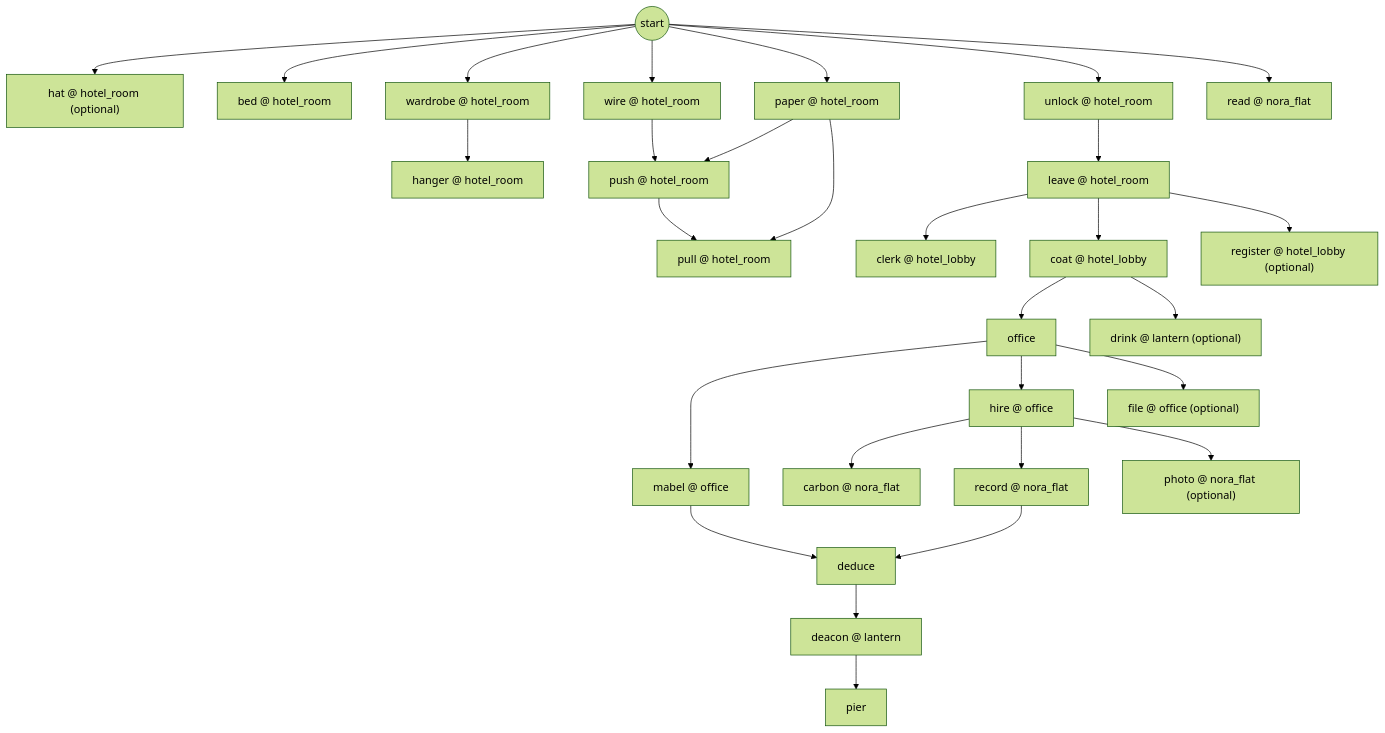
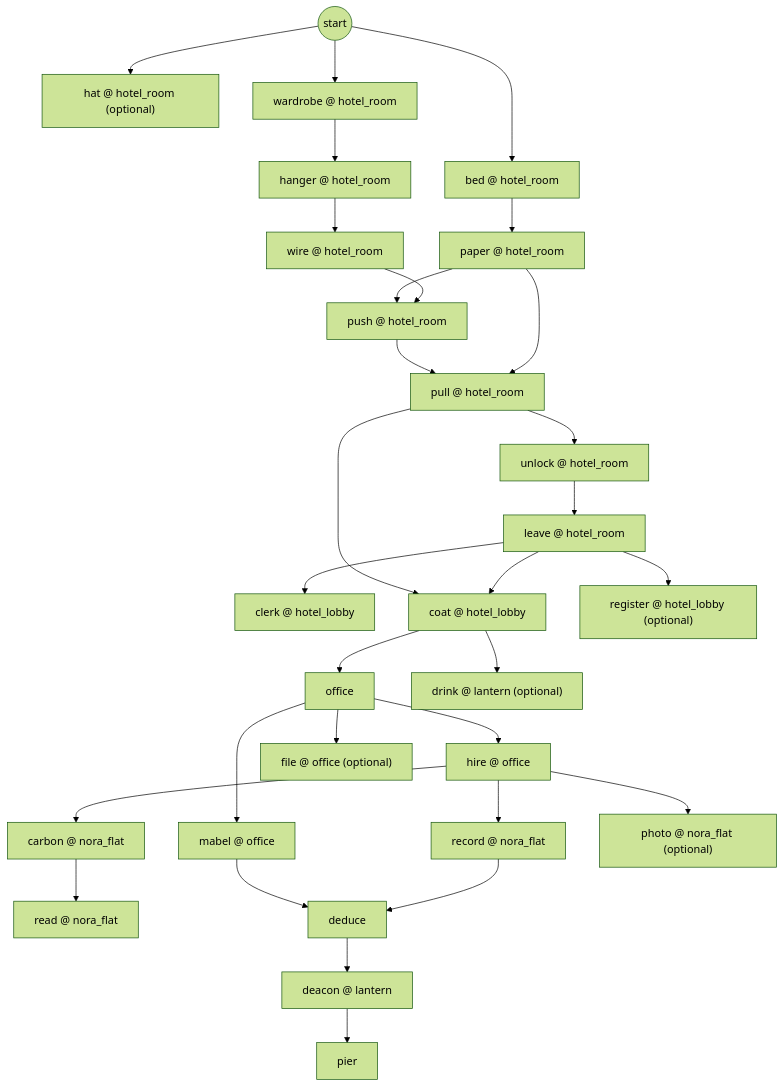
One commit to GasPhil1968/kolo-srece changed the first of 8 diagrams in nightlatch/docs/PUZZLE_GRAPH.md. Above: the diagram before and after it, drawn with Mermaid (forest theme). The commit also changed other lines of this file and 216 other files, not shown here.

````diff
--- a/nightlatch/docs/PUZZLE_GRAPH.md
+++ b/nightlatch/docs/PUZZLE_GRAPH.md
@@ -7,57 +7,58 @@
 ```mermaid
 flowchart TD
   start1((start))
   c1_hat["hat @ hotel_room (optional)"]
   c1_bed["bed @ hotel_room"]
   c1_wardrobe["wardrobe @ hotel_room"]
   c1_hanger["hanger @ hotel_room"]
   c1_wire["wire @ hotel_room"]
   c1_paper["paper @ hotel_room"]
   c1_push["push @ hotel_room"]
   c1_pull["pull @ hotel_room"]
   c1_unlock["unlock @ hotel_room"]
   c1_leave["leave @ hotel_room"]
   c1_clerk["clerk @ hotel_lobby"]
   c1_coat["coat @ hotel_lobby"]
   c1_register["register @ hotel_lobby (optional)"]
   c1_office["office"]
   c1_mabel["mabel @ office"]
   c1_hire["hire @ office"]
   c1_file["file @ office (optional)"]
   c1_carbon["carbon @ nora_flat"]
   c1_read["read @ nora_flat"]
   c1_record["record @ nora_flat"]
   c1_photo["photo @ nora_flat (optional)"]
   c1_deduce["deduce"]
   c1_drink["drink @ lantern (optional)"]
   c1_deacon["deacon @ lantern"]
   c1_pier["pier"]
   start1 --> c1_hat
   start1 --> c1_bed
   start1 --> c1_wardrobe
   c1_wardrobe --> c1_hanger
-  start1 --> c1_wire
-  start1 --> c1_paper
+  c1_hanger --> c1_wire
+  c1_bed --> c1_paper
   c1_paper --> c1_push
   c1_wire --> c1_push
   c1_push --> c1_pull
   c1_paper --> c1_pull
-  start1 --> c1_unlock
+  c1_pull --> c1_unlock
   c1_unlock --> c1_leave
   c1_leave --> c1_clerk
+  c1_pull --> c1_coat
   c1_leave --> c1_coat
   c1_leave --> c1_register
   c1_coat --> c1_office
   c1_office --> c1_mabel
   c1_office --> c1_hire
   c1_office --> c1_file
   c1_hire --> c1_carbon
-  start1 --> c1_read
+  c1_carbon --> c1_read
   c1_hire --> c1_record
   c1_hire --> c1_photo
   c1_mabel --> c1_deduce
   c1_record --> c1_deduce
   c1_coat --> c1_drink
   c1_deduce --> c1_deacon
   c1_deacon --> c1_pier
 ```
````
